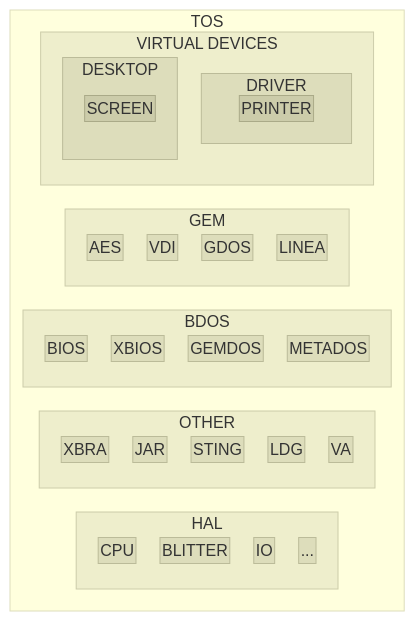
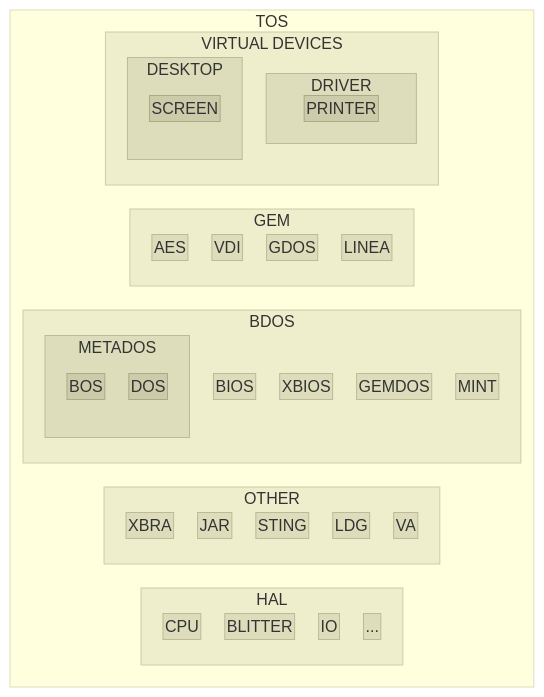
The diagram in README.md (Kochise/atari-tos), drawn with Mermaid before and after one commit. The commit also changed other lines of this file, not shown here.

```diff
--- a/README.md
+++ b/README.md
@@ -210,7 +271,11 @@
 			BIOS
 			XBIOS
 			GEMDOS
-			METADOS
+			subgraph METADOS
+				BOS
+				DOS
+			end
+			MINT
 		end
 		subgraph GEM
 			AES
@@ -245,6 +310,9 @@
 	click XBIOS "https://github.com/Kochise/atari-tos/tree/master/BDOS/XBIOS.md" _blank
 	click GEMDOS "https://github.com/Kochise/atari-tos/tree/master/BDOS/GEMDOS.md" _blank
 	click METADOS "https://github.com/Kochise/atari-tos/tree/master/BDOS/METADOS.md" _blank
+	click METADOS "https://github.com/Kochise/atari-tos/tree/master/BDOS/METADOS/BOS.md" _blank
+	click METADOS "https://github.com/Kochise/atari-tos/tree/master/BDOS/METADOS/DOS.md" _blank
+	click MINT "https://github.com/Kochise/atari-tos/tree/master/BDOS/MINT.md" _blank
 
 	click GEM "https://github.com/Kochise/atari-tos/tree/master/GEM" _blank
 	click AES "https://github.com/Kochise/atari-tos/tree/master/GEM/AES.md" _blank
@@ -283,6 +351,9 @@
 	class XBIOS lvl2
 	class GEMDOS lvl2
 	class METADOS lvl2
+	class BOS lvl3
+	class DOS lvl3
+	class MINT lvl2
 
 	class GEM lvl1
 	class AES lvl2
```
